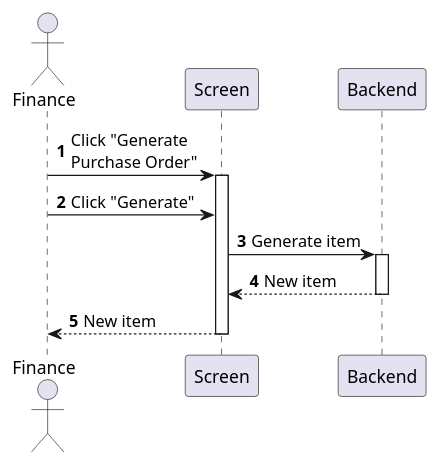
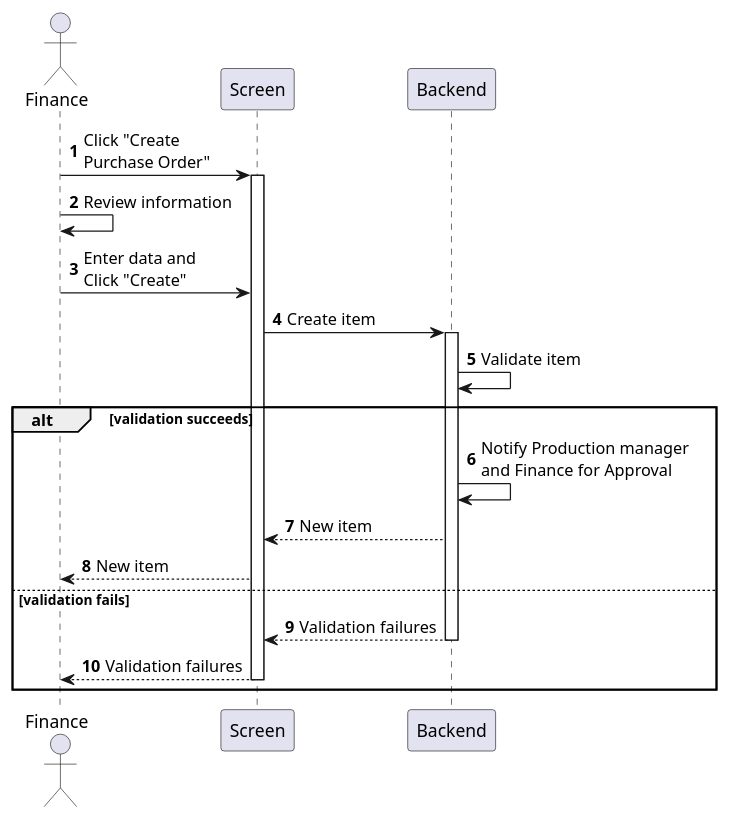
One commit to phihungha/scmss-reqs changed the diagram in sequences/purchase-order-create.plantuml. Above: the diagram before and after it, drawn with PlantUML. The commit also changed 1 other file, not shown here.

Commit message:
Allow edit of purchase order before creation

```diff
--- a/sequences/purchase-order-create.plantuml
+++ b/sequences/purchase-order-create.plantuml
@@ -1,15 +1,24 @@
 @startuml purchase-order-create
 autonumber
 
 actor "Finance" as a
 participant Screen as f
 participant Backend as b
 
-a -> f : Click "Generate\nPurchase Order"
+a -> f : Click "Create\nPurchase Order"
 activate f
-a -> f : Click "Generate"
-f -> b : Generate item
+a -> a : Review information
+a -> f : Enter data and\nClick "Create"
+f -> b : Create item
 activate b
-return New item
-return New item
+b -> b : Validate item
+
+alt validation succeeds
+    b -> b : Notify Production manager\nand Finance for Approval
+    b --> f : New item
+    f --> a : New item
+else validation fails
+    return Validation failures
+    return Validation failures
+end
 @enduml
```
